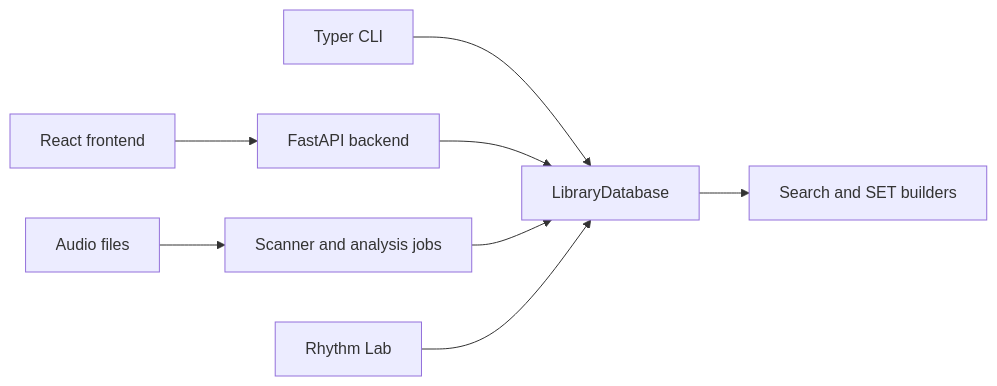
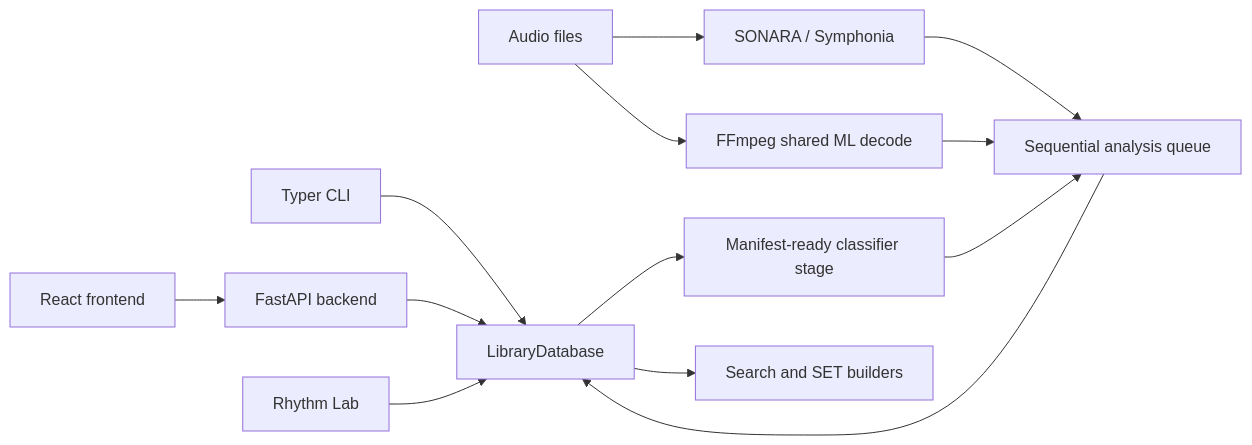
One commit to MeteorBurn/dj-track-similarity changed the diagram in docs/dj-track-similarity/developer/architecture.md. Above: the diagram before and after it, drawn with Mermaid. The commit also changed other lines of this file and 14 other files, not shown here.

````diff
--- a/docs/dj-track-similarity/developer/architecture.md
+++ b/docs/dj-track-similarity/developer/architecture.md
@@ -9,10 +9,15 @@
 ```mermaid
 flowchart LR
     CLI[Typer CLI] --> DB[LibraryDatabase]
     API[FastAPI backend] --> DB
     UI[React frontend] --> API
-    Audio[Audio files] --> Scan[Scanner and analysis jobs]
-    Scan --> DB
+    Audio[Audio files] --> Sonara[SONARA / Symphonia]
+    Audio --> FFmpeg[FFmpeg shared ML decode]
+    Sonara --> Queue[Sequential analysis queue]
+    FFmpeg --> Queue
+    Queue --> DB
+    DB --> Classifiers[Manifest-ready classifier stage]
+    Classifiers --> Queue
     DB --> Search[Search and SET builders]
     Lab[Rhythm Lab] --> DB
 ```
````
